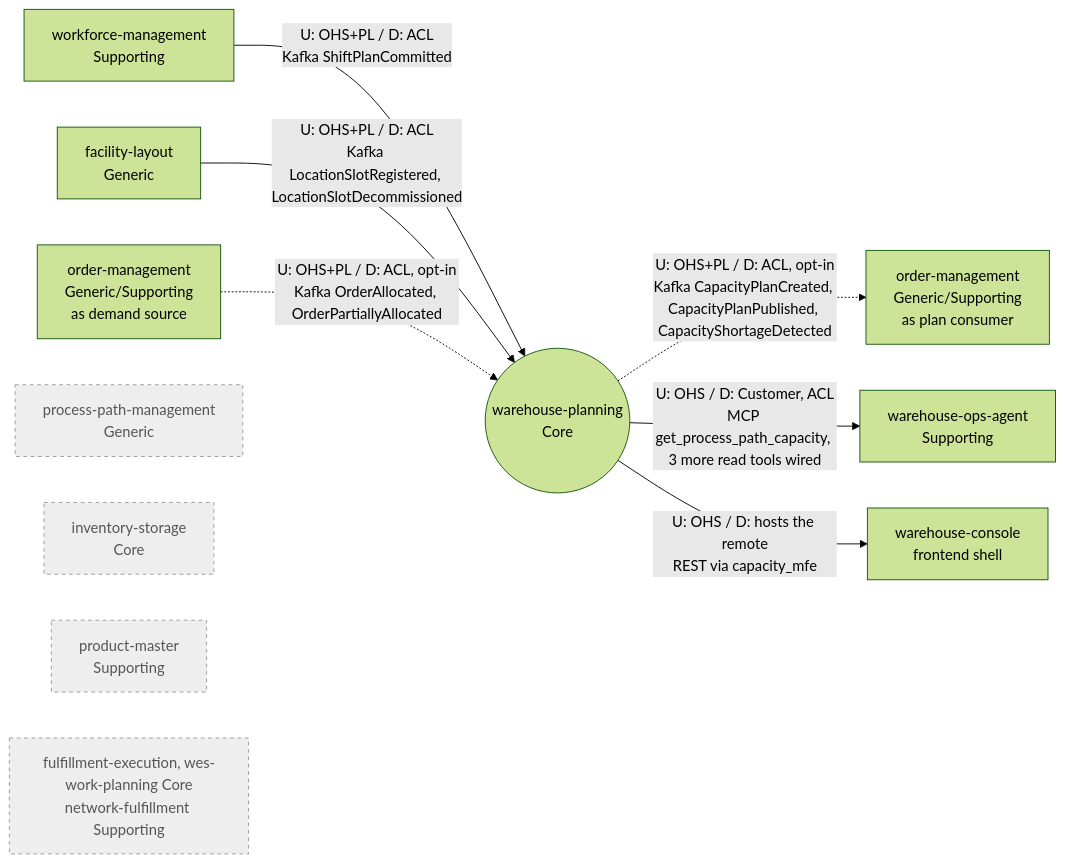
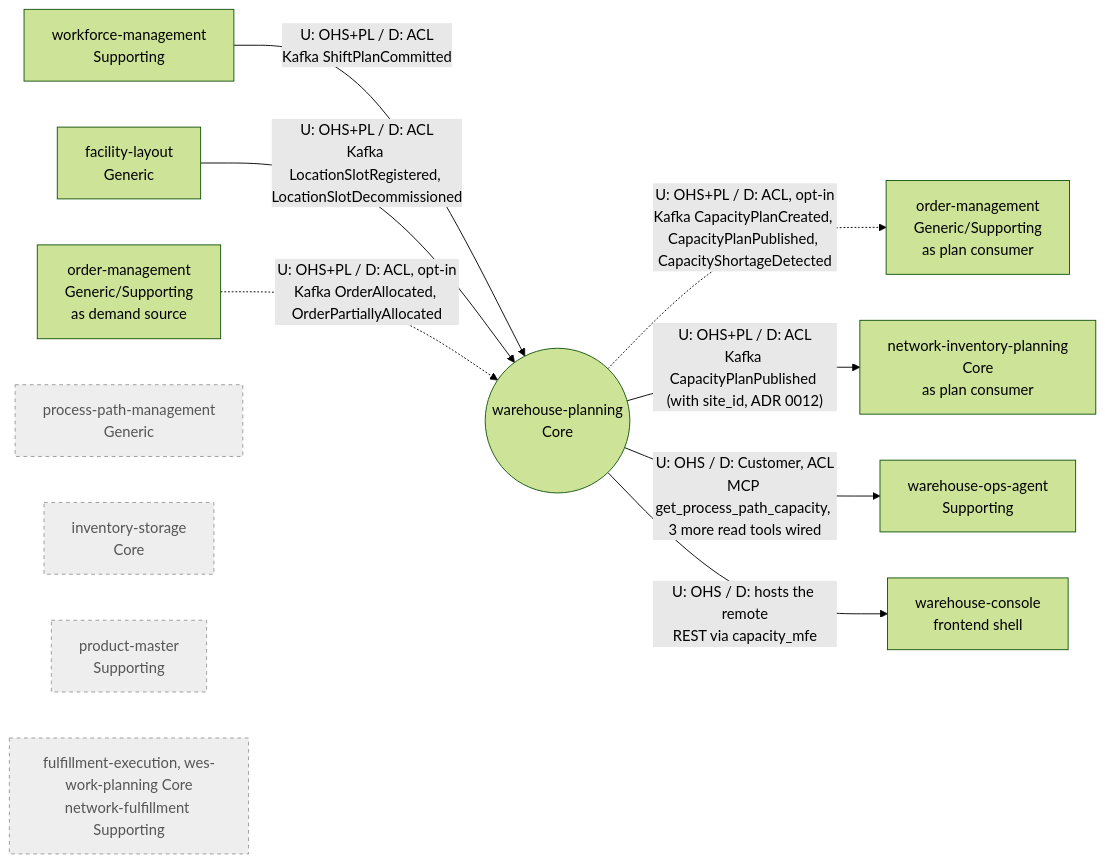
One commit to IQVO/warehouse-docs changed the diagram in docs/contexts/warehouse-planning/context-map.md. Above: the diagram before and after it, drawn with Mermaid (forest theme). The commit also changed other lines of this file and 115 other files, not shown here.

````diff
--- a/docs/contexts/warehouse-planning/context-map.md
+++ b/docs/contexts/warehouse-planning/context-map.md
@@ -20,29 +20,31 @@
 ```mermaid
 flowchart LR
   WP(("warehouse-planning<br/>Core"))
 
   WFM["workforce-management<br/>Supporting"]
   FL["facility-layout<br/>Generic"]
   OMU["order-management<br/>Generic/Supporting<br/>as demand source"]
   OMD["order-management<br/>Generic/Supporting<br/>as plan consumer"]
   OPS["warehouse-ops-agent<br/>Supporting"]
   CON["warehouse-console<br/>frontend shell"]
   PPM["process-path-management<br/>Generic"]
   INV["inventory-storage<br/>Core"]
   PM["product-master<br/>Supporting"]
+  NIP["network-inventory-planning<br/>Core<br/>as plan consumer"]
   LATER["fulfillment-execution, wes-work-planning Core<br/>network-fulfillment Supporting"]
 
   WFM -- "U: OHS+PL / D: ACL<br/>Kafka ShiftPlanCommitted" --> WP
   FL -- "U: OHS+PL / D: ACL<br/>Kafka LocationSlotRegistered, LocationSlotDecommissioned" --> WP
   OMU -. "U: OHS+PL / D: ACL, opt-in<br/>Kafka OrderAllocated, OrderPartiallyAllocated" .-> WP
   WP -. "U: OHS+PL / D: ACL, opt-in<br/>Kafka CapacityPlanCreated, CapacityPlanPublished, CapacityShortageDetected" .-> OMD
+  WP -- "U: OHS+PL / D: ACL<br/>Kafka CapacityPlanPublished (with site_id, ADR 0012)" --> NIP
   WP -- "U: OHS / D: Customer, ACL<br/>MCP get_process_path_capacity, 3 more read tools wired" --> OPS
   WP -- "U: OHS / D: hosts the remote<br/>REST via capacity_mfe" --> CON
   PPM ~~~ WP
   INV ~~~ WP
   PM ~~~ WP
   LATER ~~~ WP
 
   classDef absent fill:#eeeeee,stroke:#999999,color:#555555,stroke-dasharray: 4 4
   class PPM,INV,PM,LATER absent
 ```
````
